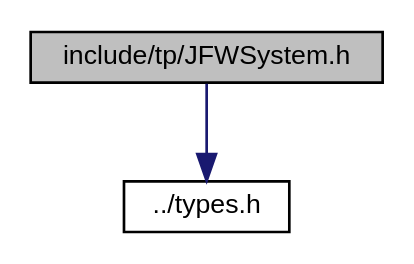
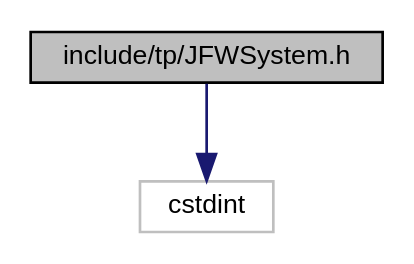
Before and after one commit to zsrtp/libtp_rel: the diagram in docs/df/d26/JFWSystem_8h__incl.dot, drawn with Graphviz. The commit also changed 476 other files, not shown here.

```diff
--- a/docs/df/d26/JFWSystem_8h__incl.dot
+++ b/docs/df/d26/JFWSystem_8h__incl.dot
@@ -1,9 +1,9 @@
 digraph "include/tp/JFWSystem.h"
 {
  // LATEX_PDF_SIZE
   edge [fontname="Helvetica",fontsize="10",labelfontname="Helvetica",labelfontsize="10"];
   node [fontname="Helvetica",fontsize="10",shape=record];
   Node1 [label="include/tp/JFWSystem.h",height=0.2,width=0.4,color="black", fillcolor="grey75", style="filled", fontcolor="black",tooltip="Holds symbols of the jfw_system field."];
   Node1 -> Node2 [color="midnightblue",fontsize="10",style="solid",fontname="Helvetica"];
-  Node2 [label="../types.h",height=0.2,width=0.4,color="black", fillcolor="white", style="filled",URL="$d9/d49/types_8h.html",tooltip="Dolphin OS style types."];
+  Node2 [label="cstdint",height=0.2,width=0.4,color="grey75", fillcolor="white", style="filled",tooltip=" "];
 }
```
